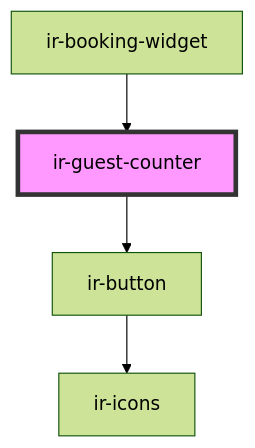
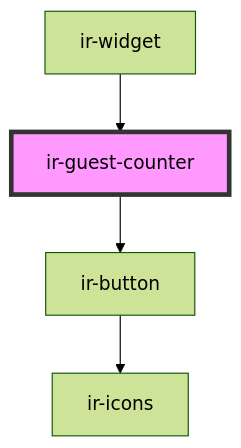
The diagram in src/components/ir-guest-counter/readme.md (RonyRizk/ir-be), drawn with Mermaid (forest theme) before and after one commit. The commit also changed other lines of this file and 144 other files, not shown here.

````diff
--- a/src/components/ir-guest-counter/readme.md
+++ b/src/components/ir-guest-counter/readme.md
@@ -38,7 +38,7 @@
 ```mermaid
 graph TD;
   ir-guest-counter --> ir-button
   ir-button --> ir-icons
-  ir-booking-widget --> ir-guest-counter
+  ir-widget --> ir-guest-counter
   style ir-guest-counter fill:#f9f,stroke:#333,stroke-width:4px
 ```
````
